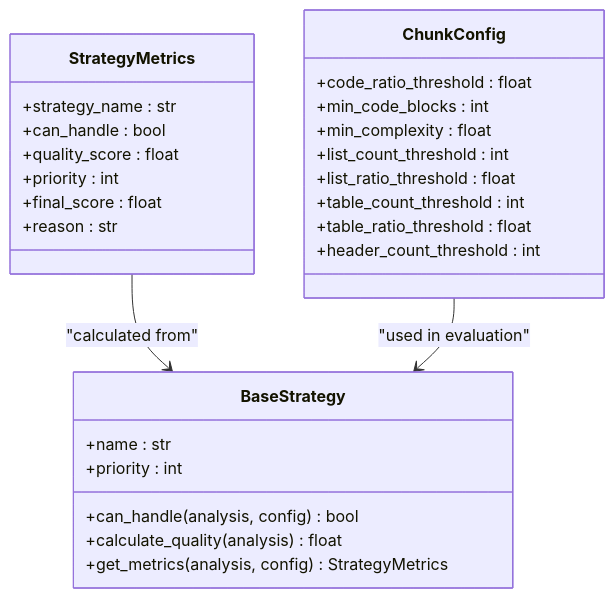
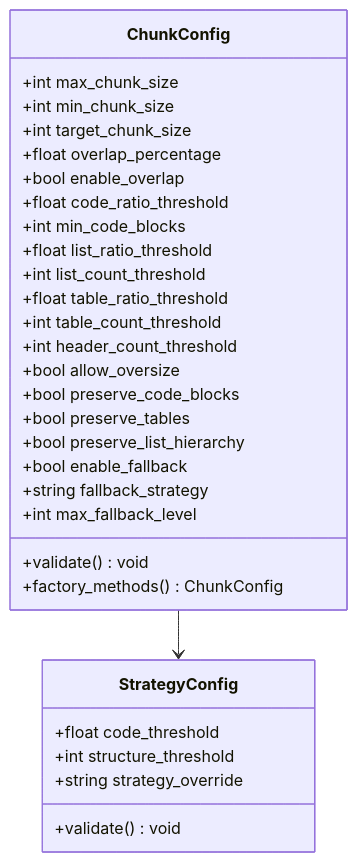
One commit to asukhodko/dify-markdown-chunker changed the seventh of 10 diagrams in .qoder/repowiki/en/content/Core Concepts/Strategy Selection Mechanism.md. Above: the diagram before and after it, drawn with Mermaid. The commit also changed other lines of this file and 205 other files, not shown here.

````diff
--- a/.qoder/repowiki/en/content/Core Concepts/Strategy Selection Mechanism.md
+++ b/.qoder/repowiki/en/content/Core Concepts/Strategy Selection Mechanism.md
@@ -129,30 +347,33 @@
 ```mermaid
 classDiagram
-class StrategyMetrics {
-+strategy_name : str
-+can_handle : bool
-+quality_score : float
-+priority : int
-+final_score : float
-+reason : str
+class ChunkConfig {
++int max_chunk_size
++int min_chunk_size
++int target_chunk_size
++float overlap_percentage
++bool enable_overlap
++float code_ratio_threshold
++int min_code_blocks
++float list_ratio_threshold
++int list_count_threshold
++float table_ratio_threshold
++int table_count_threshold
++int header_count_threshold
++bool allow_oversize
++bool preserve_code_blocks
++bool preserve_tables
++bool preserve_list_hierarchy
++bool enable_fallback
++string fallback_strategy
++int max_fallback_level
++validate() void
++factory_methods() ChunkConfig
 }
-class ChunkConfig {
-+code_ratio_threshold : float
-+min_code_blocks : int
-+min_complexity : float
-+list_count_threshold : int
-+list_ratio_threshold : float
-+table_count_threshold : int
-+table_ratio_threshold : float
-+header_count_threshold : int
+class StrategyConfig {
++float code_threshold
++int structure_threshold
++string strategy_override
++validate() void
 }
-class BaseStrategy {
-+name : str
-+priority : int
-+can_handle(analysis, config) bool
-+calculate_quality(analysis) float
-+get_metrics(analysis, config) StrategyMetrics
-}
-StrategyMetrics --> BaseStrategy : "calculated from"
-ChunkConfig --> BaseStrategy : "used in evaluation"
+ChunkConfig --> StrategyConfig
 ```
````
